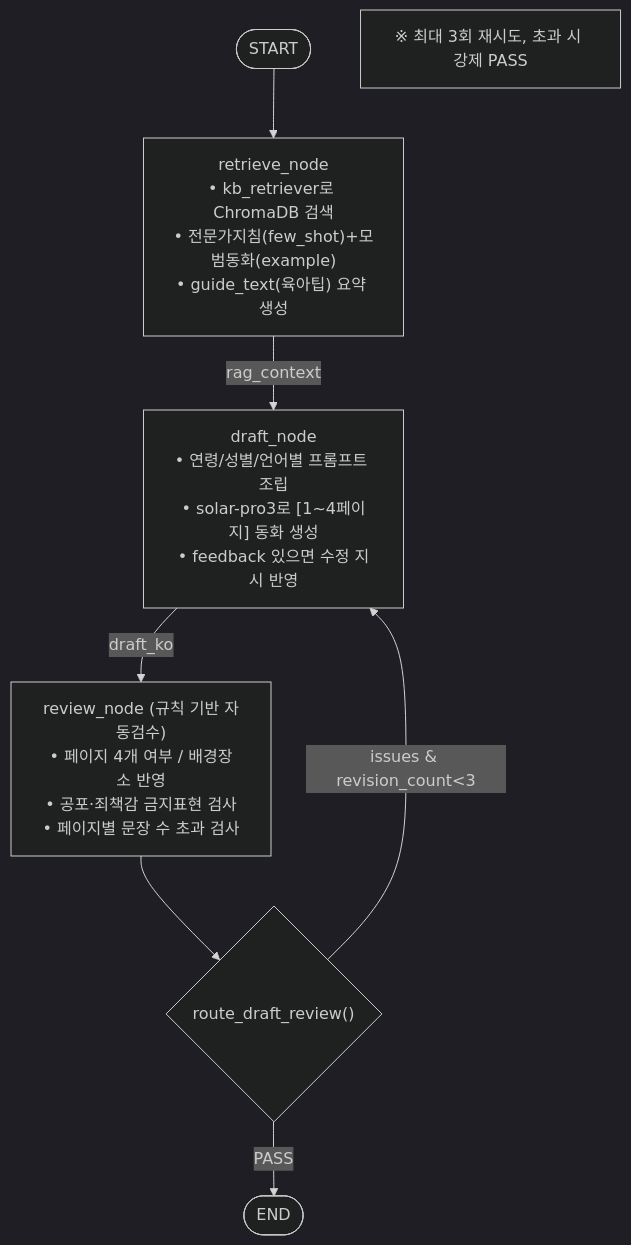
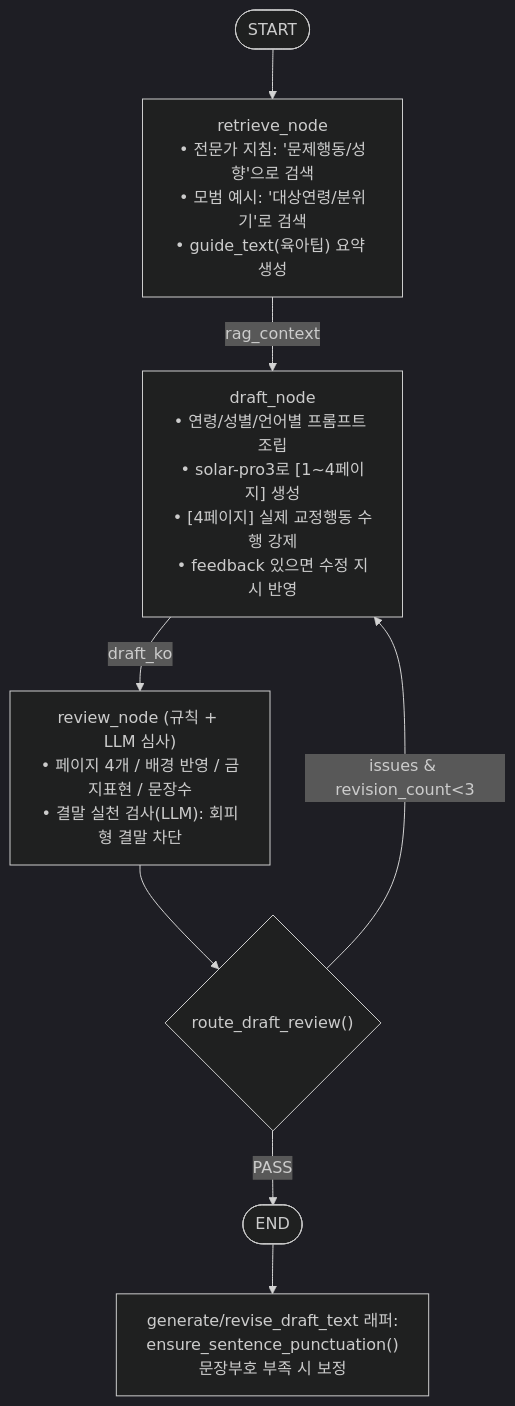
Before and after one commit to sjung-csumb/storyTeller: the third of 8 diagrams in 260707project/FLOWCHART.md, drawn with Mermaid (dark theme). The commit also changed other lines of this file and 50 other files, not shown here.

````diff
--- a/260707project/FLOWCHART.md
+++ b/260707project/FLOWCHART.md
@@ -92,16 +108,15 @@
 ```mermaid
 flowchart TD
     START([START]) --> R
 
-    R["retrieve_node<br/>• kb_retriever로 ChromaDB 검색<br/>• 전문가지침(few_shot)+모범동화(example)<br/>• guide_text(육아팁) 요약 생성"]
-    D["draft_node<br/>• 연령/성별/언어별 프롬프트 조립<br/>• solar-pro3로 [1~4페이지] 동화 생성<br/>• feedback 있으면 수정 지시 반영"]
-    V["review_node (규칙 기반 자동검수)<br/>• 페이지 4개 여부 / 배경장소 반영<br/>• 공포·죄책감 금지표현 검사<br/>• 페이지별 문장 수 초과 검사"]
+    R["retrieve_node<br/>• 전문가 지침: '문제행동/성향'으로 검색<br/>• 모범 예시: '대상연령/분위기'로 검색<br/>• guide_text(육아팁) 요약 생성"]
+    D["draft_node<br/>• 연령/성별/언어별 프롬프트 조립<br/>• solar-pro3로 [1~4페이지] 생성<br/>• [4페이지] 실제 교정행동 수행 강제<br/>• feedback 있으면 수정 지시 반영"]
+    V["review_node (규칙 + LLM 심사)<br/>• 페이지 4개 / 배경 반영 / 금지표현 / 문장수<br/>• 결말 실천 검사(LLM): 회피형 결말 차단"]
 
     R -->|rag_context| D
     D -->|draft_ko| V
     V --> route{"route_draft_review()"}
+    route -->|"issues & revision_count<3"| D
     route -->|"PASS"| E([END])
-    route -->|"issues & revision_count<3"| D
-
-    note["※ 최대 3회 재시도, 초과 시 강제 PASS"]
+    E --> PUNC["generate/revise_draft_text 래퍼:<br/>ensure_sentence_punctuation()<br/>문장부호 부족 시 보정"]
 ```
````
